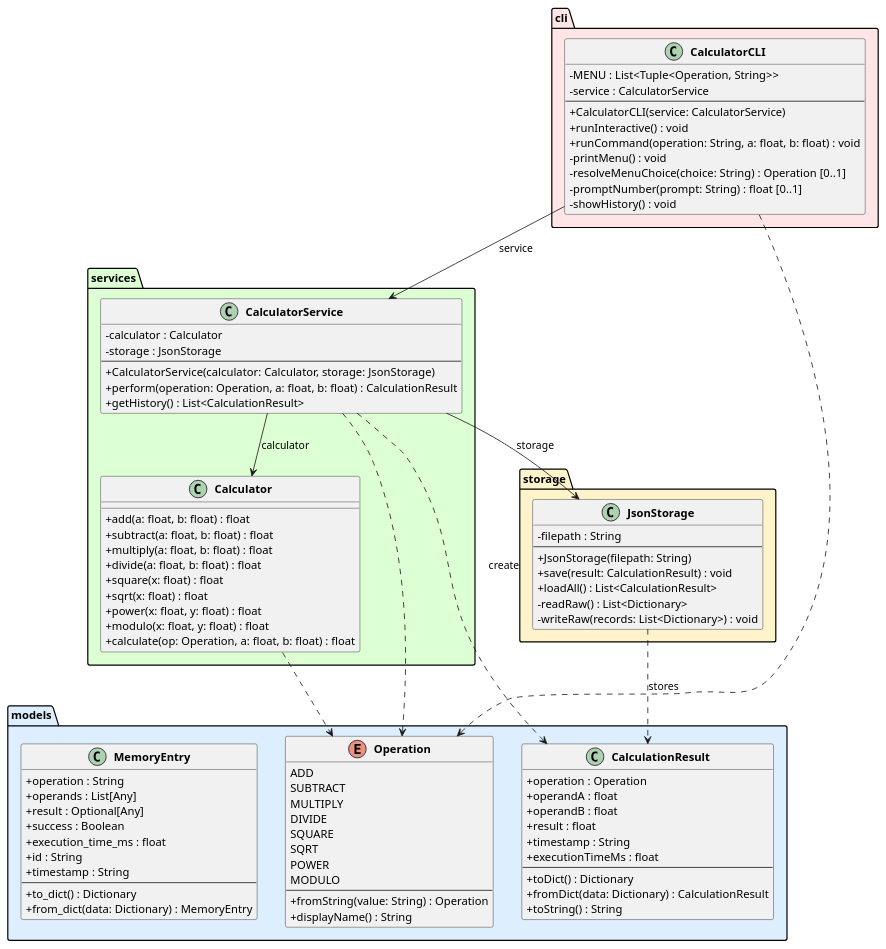
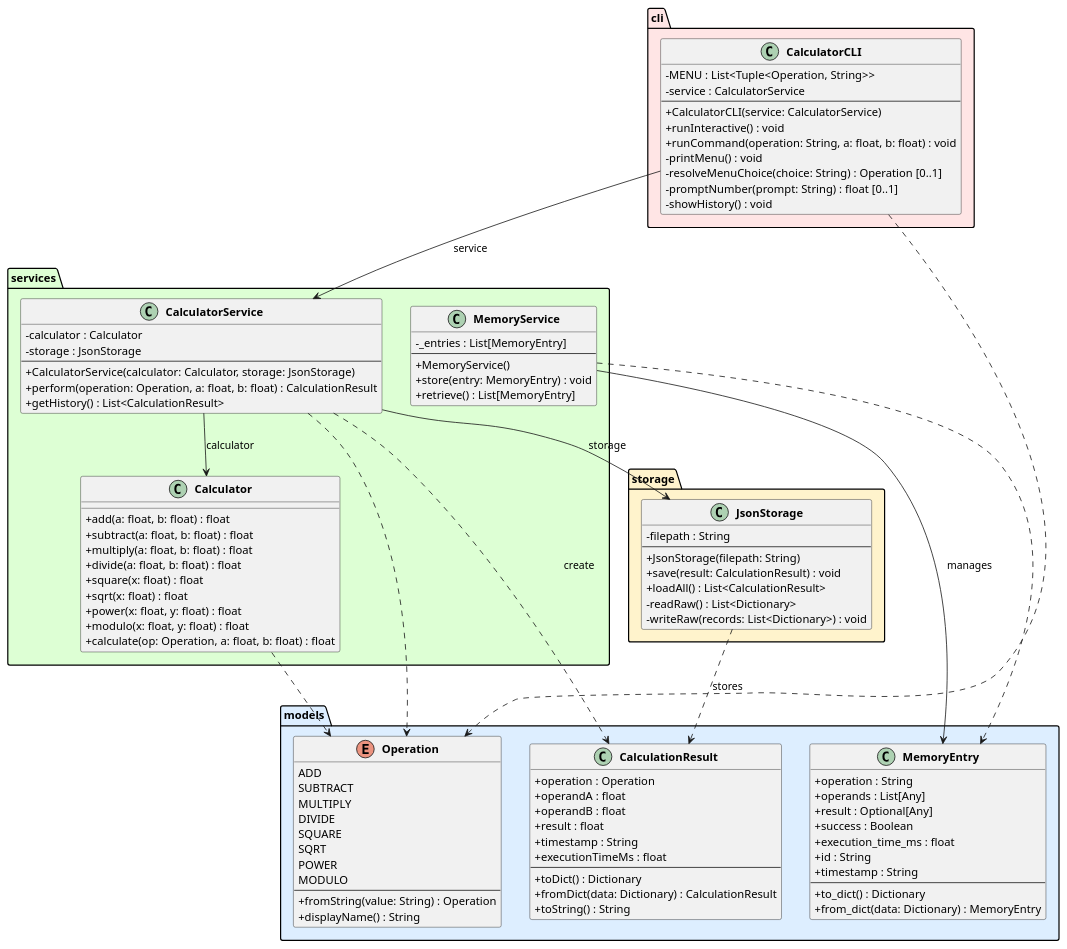
Before and after one commit to DanielRiha8906/Software_autoevolution_using_agents: the diagram in experiments/broadcast/test_driven/calculator/artifacts/class_diagram.puml, drawn with PlantUML. The commit also changed 4 other files, not shown here.

First line of the commit message:
Task 04: Implement MemoryService with lifecycle management

```diff
--- a/experiments/broadcast/test_driven/calculator/artifacts/class_diagram.puml
+++ b/experiments/broadcast/test_driven/calculator/artifacts/class_diagram.puml
@@ -1,108 +1,118 @@
 @startuml class_diagram
 
 skinparam classAttributeIconSize 0
 skinparam classFontStyle bold
 
 package "models" #DDEEFF {
     enum Operation {
         ADD
         SUBTRACT
         MULTIPLY
         DIVIDE
         SQUARE
         SQRT
         POWER
         MODULO
         --
         +fromString(value: String) : Operation
         +displayName() : String
     }
 
     class CalculationResult {
         +operation : Operation
         +operandA : float
         +operandB : float
         +result : float
         +timestamp : String
         +executionTimeMs : float
         --
         +toDict() : Dictionary
         +fromDict(data: Dictionary) : CalculationResult
         +toString() : String
     }
 
     class MemoryEntry {
         +operation : String
         +operands : List[Any]
         +result : Optional[Any]
         +success : Boolean
         +execution_time_ms : float
         +id : String
         +timestamp : String
         --
         +to_dict() : Dictionary
         +from_dict(data: Dictionary) : MemoryEntry
     }
 }
 
 package "services" #DDFFD4 {
     class Calculator {
         +add(a: float, b: float) : float
         +subtract(a: float, b: float) : float
         +multiply(a: float, b: float) : float
         +divide(a: float, b: float) : float
         +square(x: float) : float
         +sqrt(x: float) : float
         +power(x: float, y: float) : float
         +modulo(x: float, y: float) : float
         +calculate(op: Operation, a: float, b: float) : float
     }
 
     class CalculatorService {
         -calculator : Calculator
         -storage : JsonStorage
         --
         +CalculatorService(calculator: Calculator, storage: JsonStorage)
         +perform(operation: Operation, a: float, b: float) : CalculationResult
         +getHistory() : List<CalculationResult>
     }
+
+    class MemoryService {
+        -_entries : List[MemoryEntry]
+        --
+        +MemoryService()
+        +store(entry: MemoryEntry) : void
+        +retrieve() : List[MemoryEntry]
+    }
 }
 
 package "storage" #FFF3CC {
     class JsonStorage {
         -filepath : String
         --
         +JsonStorage(filepath: String)
         +save(result: CalculationResult) : void
         +loadAll() : List<CalculationResult>
         -readRaw() : List<Dictionary>
         -writeRaw(records: List<Dictionary>) : void
     }
 }
 
 package "cli" #FFE5E5 {
     class CalculatorCLI {
         -MENU : List<Tuple<Operation, String>>
         -service : CalculatorService
         --
         +CalculatorCLI(service: CalculatorService)
         +runInteractive() : void
         +runCommand(operation: String, a: float, b: float) : void
         -printMenu() : void
         -resolveMenuChoice(choice: String) : Operation [0..1]
         -promptNumber(prompt: String) : float [0..1]
         -showHistory() : void
     }
 }
 
 CalculatorCLI --> CalculatorService : service
 CalculatorService --> Calculator : calculator
 CalculatorService --> JsonStorage : storage
+MemoryService --> MemoryEntry : manages
 
 CalculatorService ..> CalculationResult : create
 CalculatorService ..> Operation
 CalculatorCLI ..> Operation
 Calculator ..> Operation
 JsonStorage ..> CalculationResult : stores
+MemoryService ..> MemoryEntry
 
 @enduml
```
